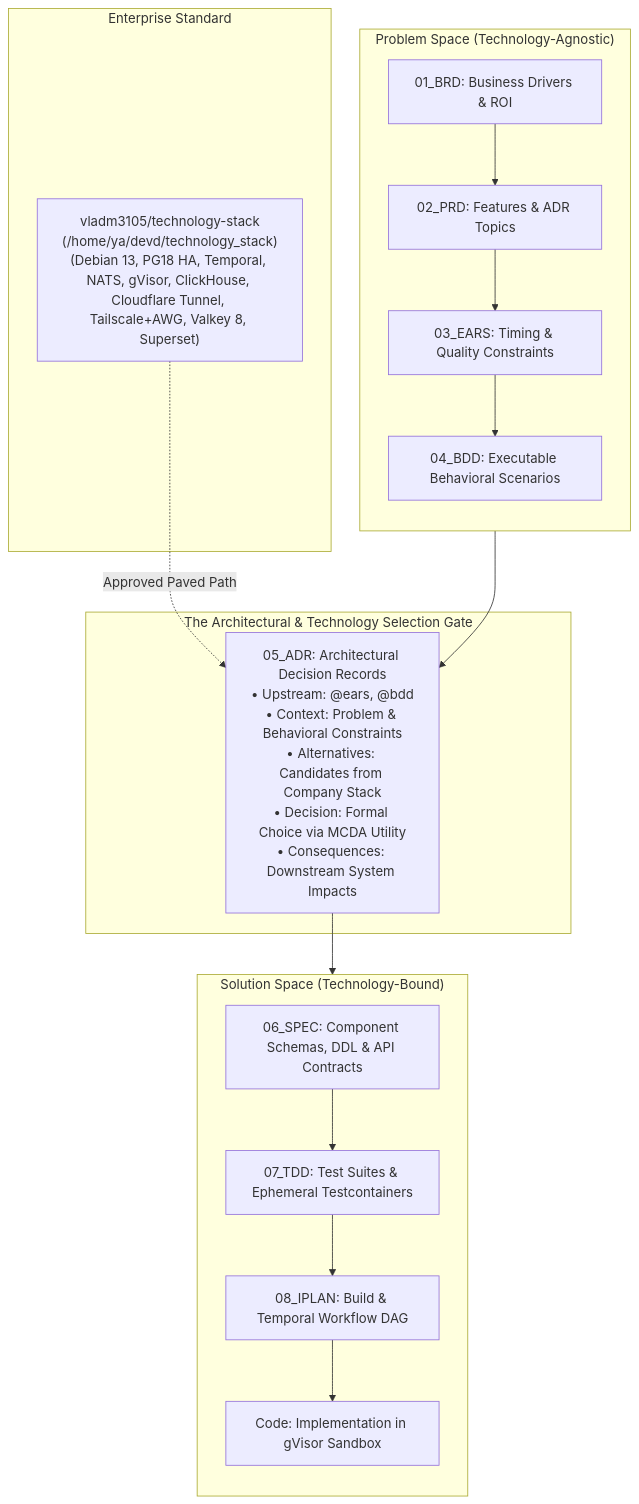
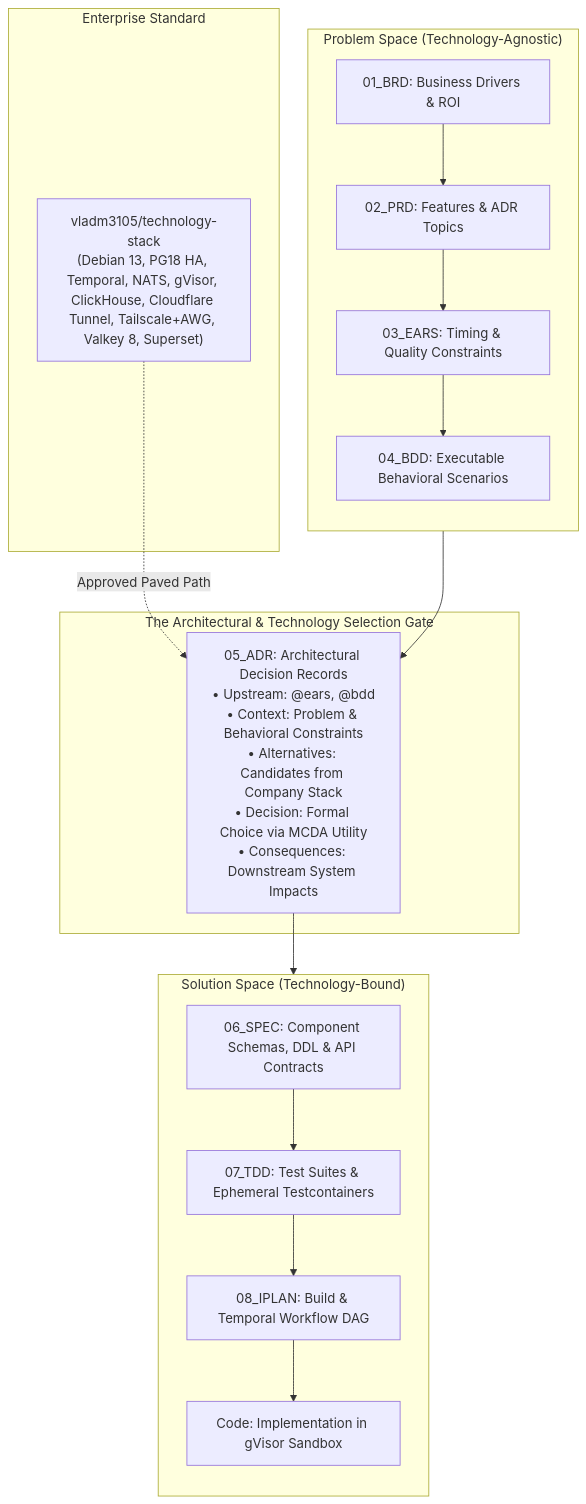
The diagram in framework/governance/RECOMMENDED_PLATFORM_STACK.md (vladm3105/aidoc-flow-framework), drawn with Mermaid before and after one commit. The commit also changed other lines of this file and 182 other files, not shown here.

First line of the commit message:
docs(governance): standardize technology stack references to canonical github repository (CHG-93, GD-73) (#956)

````diff
--- a/framework/governance/RECOMMENDED_PLATFORM_STACK.md
+++ b/framework/governance/RECOMMENDED_PLATFORM_STACK.md
@@ -140,32 +140,32 @@
 ```mermaid
 flowchart TD
     subgraph PROBLEM_SPACE["Problem Space (Technology-Agnostic)"]
         direction TB
         BRD["01_BRD: Business Drivers & ROI"]
         PRD["02_PRD: Features & ADR Topics"]
         EARS["03_EARS: Timing & Quality Constraints"]
         BDD["04_BDD: Executable Behavioral Scenarios"]
         BRD --> PRD --> EARS --> BDD
     end
 
     subgraph ENTERPRISE_GOVERNANCE["Enterprise Standard"]
-        STACK["vladm3105/technology-stack<br/>(/home/ya/devd/technology_stack)<br/>(Debian 13, PG18 HA, Temporal, NATS, gVisor, ClickHouse, Cloudflare Tunnel, Tailscale+AWG, Valkey 8, Superset)"]
+        STACK["vladm3105/technology-stack<br/>(Debian 13, PG18 HA, Temporal, NATS, gVisor, ClickHouse, Cloudflare Tunnel, Tailscale+AWG, Valkey 8, Superset)"]
     end
 
     subgraph SELECTION_GATE["The Architectural & Technology Selection Gate"]
         ADR["05_ADR: Architectural Decision Records<br/>• Upstream: @ears, @bdd<br/>• Context: Problem & Behavioral Constraints<br/>• Alternatives: Candidates from Company Stack<br/>• Decision: Formal Choice via MCDA Utility<br/>• Consequences: Downstream System Impacts"]
     end
 
     subgraph SOLUTION_SPACE["Solution Space (Technology-Bound)"]
         direction TB
         SPEC["06_SPEC: Component Schemas, DDL & API Contracts"]
         TDD["07_TDD: Test Suites & Ephemeral Testcontainers"]
         IPLAN["08_IPLAN: Build & Temporal Workflow DAG"]
         CODE["Code: Implementation in gVisor Sandbox"]
         SPEC --> TDD --> IPLAN --> CODE
     end
 
     BDD --> ADR
     STACK -.->|Approved Paved Path| ADR
     ADR --> SPEC
 ```
````
